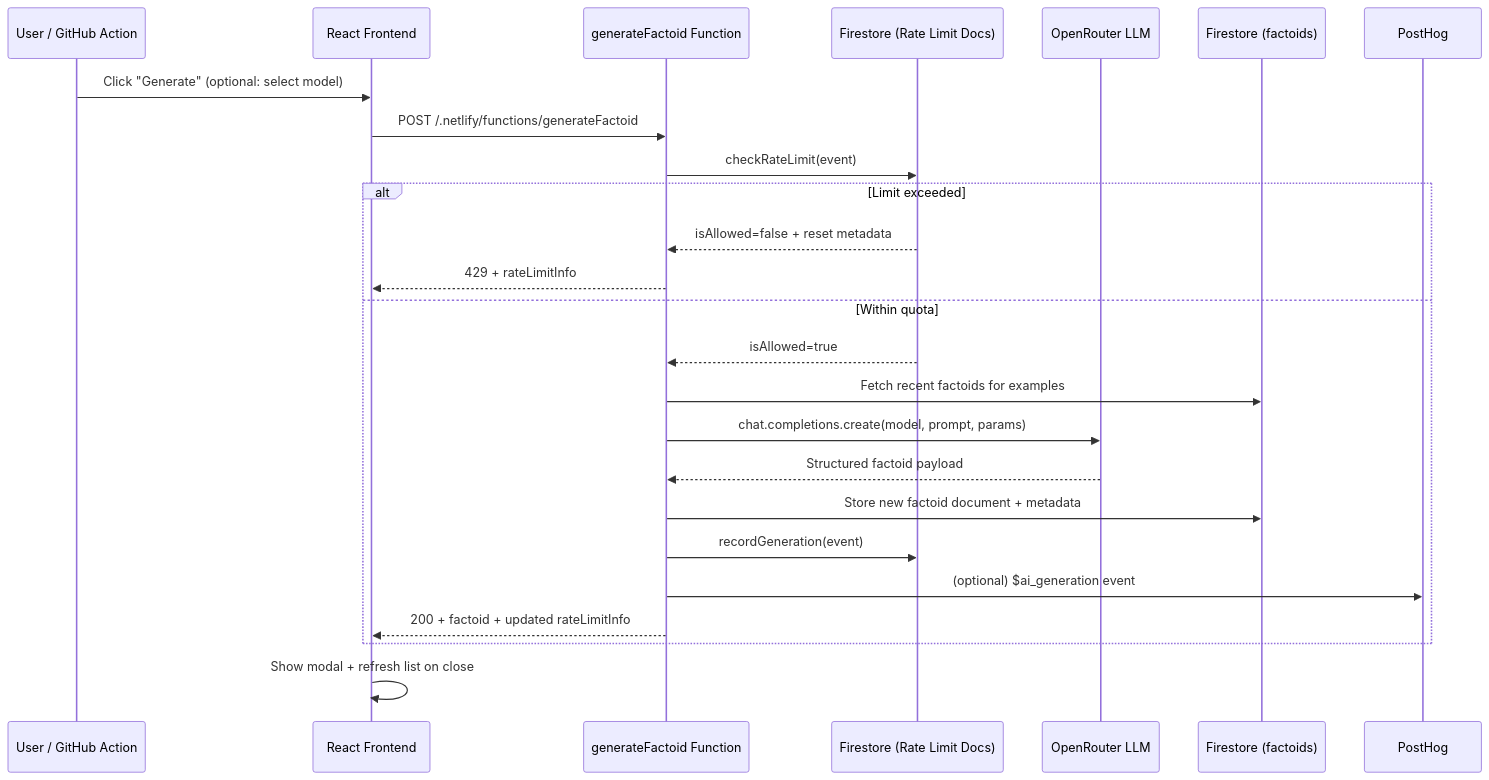
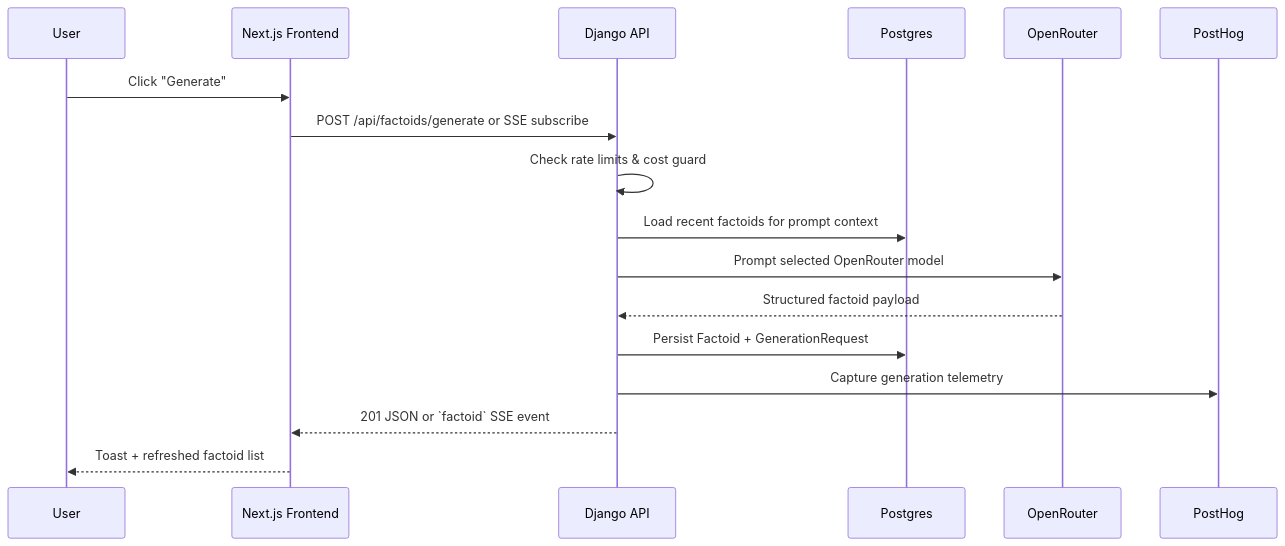
Before and after one commit to andrewm4894/andys-daily-factoids: the second of 2 diagrams in ARCHITECTURE.md, drawn with Mermaid. The commit also changed other lines of this file and 9 other files, not shown here.

````diff
--- a/ARCHITECTURE.md
+++ b/ARCHITECTURE.md
@@ -148,28 +130,20 @@
 ```mermaid
 sequenceDiagram
-    participant User as User / GitHub Action
-    participant UI as React Frontend
-    participant FN as generateFactoid Function
-    participant RL as Firestore (Rate Limit Docs)
-    participant OR as OpenRouter LLM
-    participant DB as Firestore (factoids)
+    participant User
+    participant UI as Next.js Frontend
+    participant API as Django API
+    participant DB as Postgres
+    participant OR as OpenRouter
     participant PH as PostHog
 
-    User->>UI: Click "Generate" (optional: select model)
-    UI->>FN: POST /.netlify/functions/generateFactoid
-    FN->>RL: checkRateLimit(event)
-    alt Limit exceeded
-        RL-->>FN: isAllowed=false + reset metadata
-        FN-->>UI: 429 + rateLimitInfo
-    else Within quota
-        RL-->>FN: isAllowed=true
-        FN->>DB: Fetch recent factoids for examples
-        FN->>OR: chat.completions.create(model, prompt, params)
-        OR-->>FN: Structured factoid payload
-        FN->>DB: Store new factoid document + metadata
-        FN->>RL: recordGeneration(event)
-        FN->>PH: (optional) $ai_generation event
-        FN-->>UI: 200 + factoid + updated rateLimitInfo
-    end
-    UI->>UI: Show modal + refresh list on close
+    User->>UI: Click "Generate"
+    UI->>API: POST /api/factoids/generate or SSE subscribe
+    API->>API: Check rate limits & cost guard
+    API->>DB: Load recent factoids for prompt context
+    API->>OR: Prompt selected OpenRouter model
+    OR-->>API: Structured factoid payload
+    API->>DB: Persist Factoid + GenerationRequest
+    API->>PH: Capture generation telemetry
+    API-->>UI: 201 JSON or `factoid` SSE event
+    UI-->>User: Toast + refreshed factoid list
 ```
````
